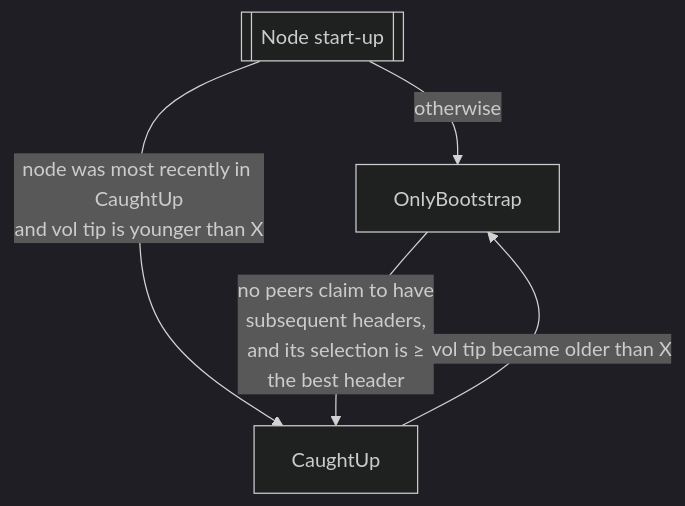
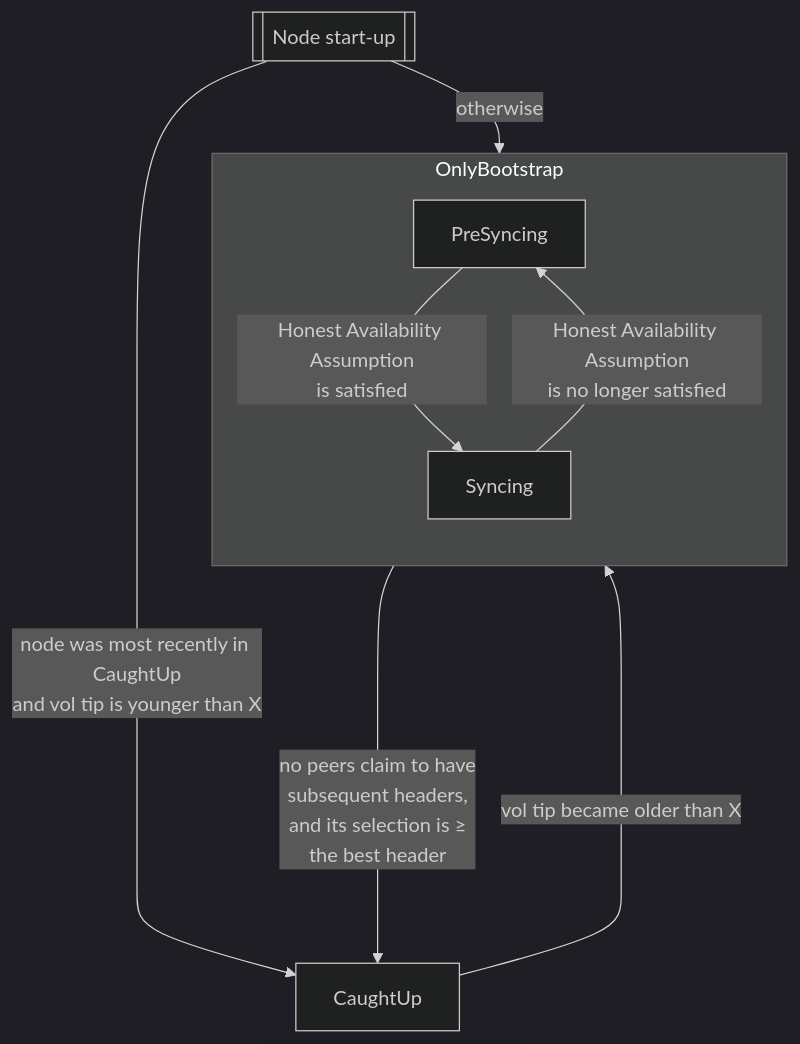
The diagram in docs/website/contents/for-developers/BootstrapPeersIER.md (IntersectMBO/ouroboros-consensus), drawn with Mermaid (dark theme) before and after one commit. The commit also changed other lines of this file, not shown here.

Commit message:
BootstrapPeers.md: include pseudo-HAA

````diff
--- a/docs/website/contents/for-developers/BootstrapPeersIER.md
+++ b/docs/website/contents/for-developers/BootstrapPeersIER.md
@@ -13,12 +13,18 @@
 ```mermaid
 graph
-    OnlyBootstrap[OnlyBootstrap]
+    subgraph OnlyBootstrap
+        direction TB
+        PreSyncing[PreSyncing]
+        Syncing[Syncing]
+        PreSyncing -- "Honest Availability Assumption\nis satisfied" --> Syncing
+        Syncing -- "Honest Availability Assumption\nis no longer satisfied" --> PreSyncing
+    end
+
     CaughtUp[CaughtUp]
-
-    OnlyBootstrap -- "no peers claim to have\nsubsequent headers,\nand its selection is ≥\nthe best header" --> CaughtUp
-    CaughtUp -- "vol tip became older than X" --> OnlyBootstrap
+    Syncing -- "no peers claim to have\nsubsequent headers,\nand its selection is ≥\nthe best header" --> CaughtUp
+    CaughtUp -- "vol tip became older than X" ----> PreSyncing
 
     StartUp[[Node start-up]]
     StartUp -- "node was most recently in CaughtUp\nand vol tip is younger than X" --> CaughtUp
-    StartUp -- "otherwise" --> OnlyBootstrap
+    StartUp -- "otherwise" --> PreSyncing
 ```
````
